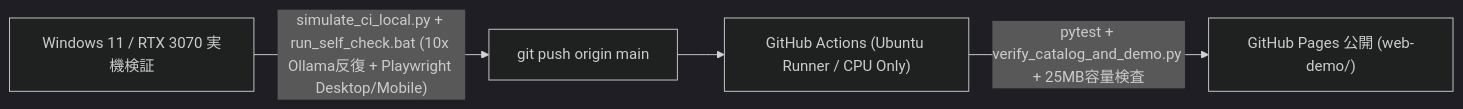
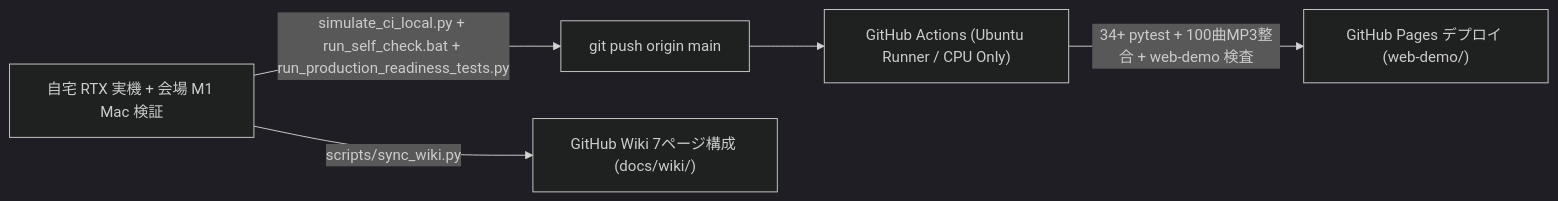
Before and after one commit to AI-Avalon/Disklavier-Auto: the fifth of 5 diagrams in README.md, drawn with Mermaid (dark theme). The commit also changed other lines of this file and 154 other files, not shown here.

Commit message:
feat: hybrid M1 Mac <-> RTX 3070 inference, 6-stage logic trace, art direction refresh, field recorder, readiness suite, README & Wiki

````diff
--- a/README.md
+++ b/README.md
@@ -114,6 +205,7 @@
 ```mermaid
 flowchart LR
-    Local["Windows 11 / RTX 3070 実機検証"] -->|"simulate_ci_local.py + run_self_check.bat (10x Ollama反復 + Playwright Desktop/Mobile)"| Push["git push origin main"]
+    Local["自宅 RTX 実機 + 会場 M1 Mac 検証"] -->|"simulate_ci_local.py + run_self_check.bat + run_production_readiness_tests.py"| Push["git push origin main"]
     Push --> GHA["GitHub Actions (Ubuntu Runner / CPU Only)"]
-    GHA -->|"pytest + verify_catalog_and_demo.py + 25MB容量検査"| Pages["GitHub Pages 公開 (web-demo/)"]
+    GHA -->|"34+ pytest + 100曲MP3整合 + web-demo 検査"| Pages["GitHub Pages デプロイ (web-demo/)"]
+    Local -->|"scripts/sync_wiki.py"| Wiki["GitHub Wiki 7ページ構成 (docs/wiki/)"]
 ```
````
